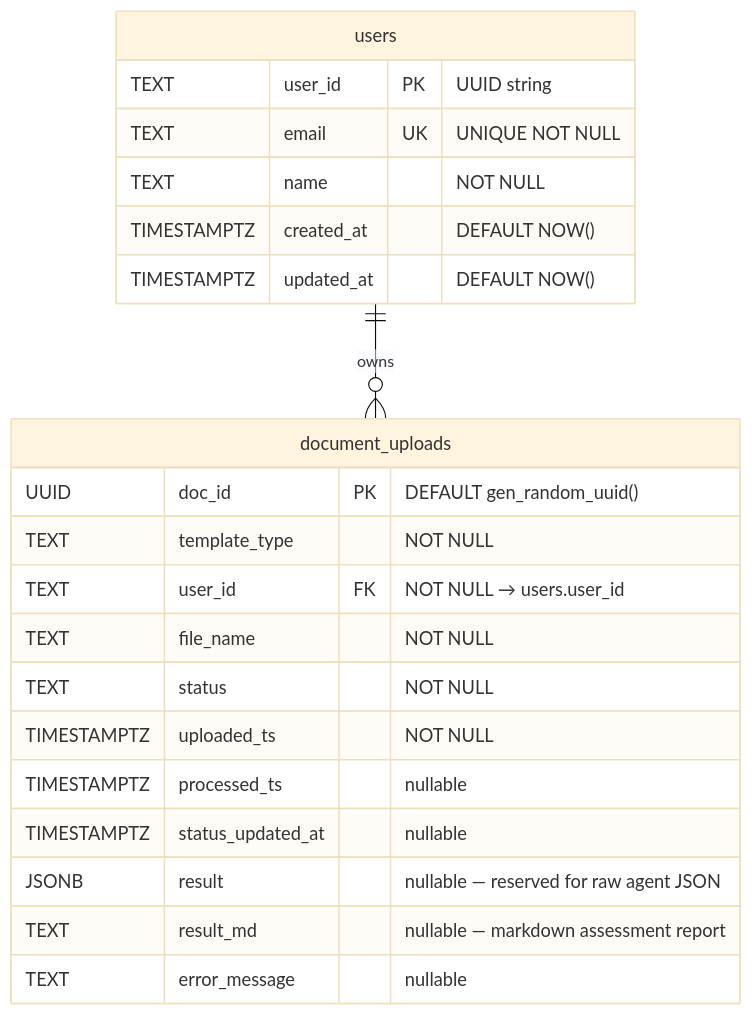
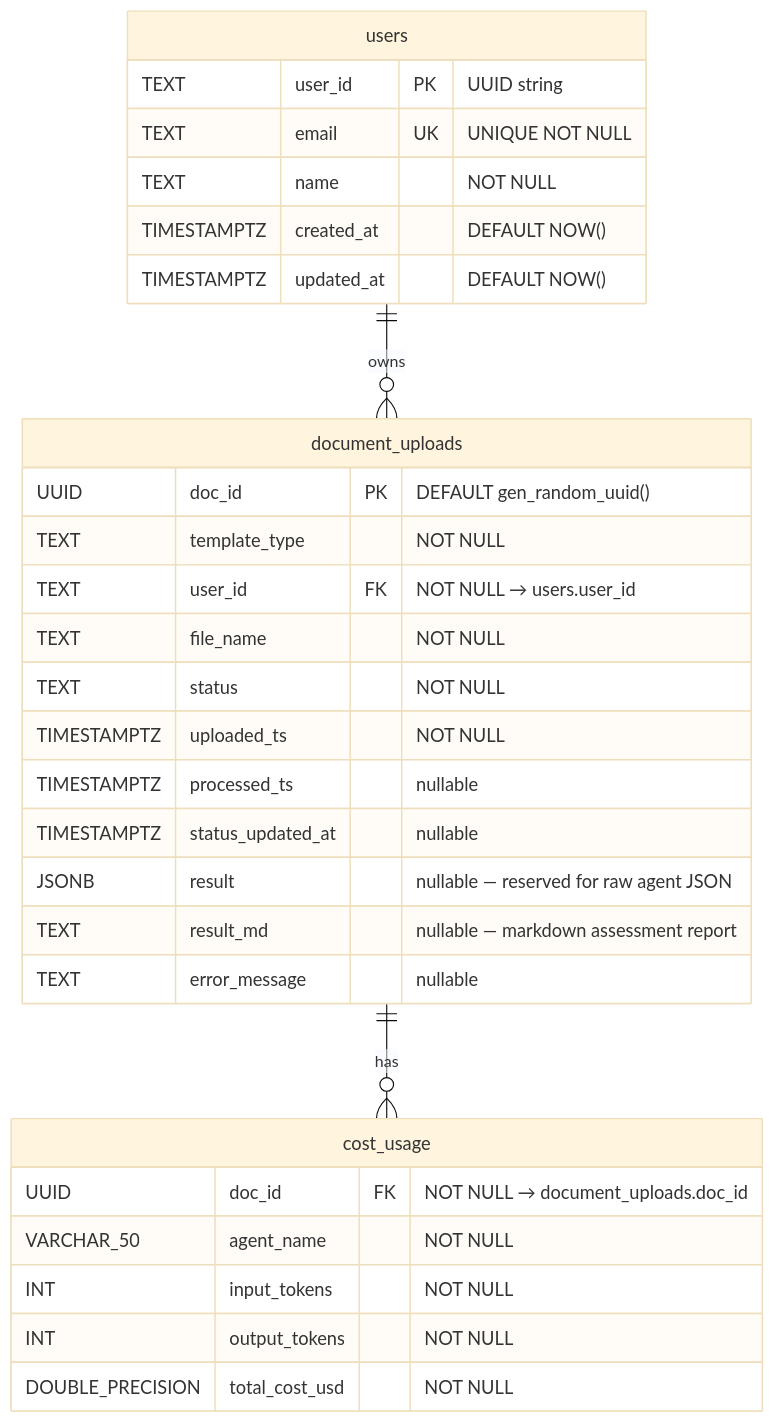
Before and after one commit to DEFRA/aia-python-backend: the diagram in docs/db-schema.md, drawn with Mermaid (base theme). The commit also changed other lines of this file and 25 other files, not shown here.

First line of the commit message:
feat: implement token cost tracking and model-aware pricing for agent assessments (#34)

````diff
--- a/docs/db-schema.md
+++ b/docs/db-schema.md
@@ -25,26 +38,35 @@
 ```mermaid
 erDiagram
     users {
         TEXT user_id PK "UUID string"
         TEXT email UK "UNIQUE NOT NULL"
         TEXT name "NOT NULL"
         TIMESTAMPTZ created_at "DEFAULT NOW()"
         TIMESTAMPTZ updated_at "DEFAULT NOW()"
     }
 
     document_uploads {
         UUID doc_id PK "DEFAULT gen_random_uuid()"
         TEXT template_type "NOT NULL"
         TEXT user_id FK "NOT NULL → users.user_id"
         TEXT file_name "NOT NULL"
         TEXT status "NOT NULL"
         TIMESTAMPTZ uploaded_ts "NOT NULL"
         TIMESTAMPTZ processed_ts "nullable"
         TIMESTAMPTZ status_updated_at "nullable"
         JSONB result "nullable — reserved for raw agent JSON"
         TEXT result_md "nullable — markdown assessment report"
         TEXT error_message "nullable"
     }
 
+    cost_usage {
+        UUID doc_id FK "NOT NULL → document_uploads.doc_id"
+        VARCHAR_50 agent_name "NOT NULL"
+        INT input_tokens "NOT NULL"
+        INT output_tokens "NOT NULL"
+        DOUBLE_PRECISION total_cost_usd "NOT NULL"
+    }
+
     users ||--o{ document_uploads : "owns"
+    document_uploads ||--o{ cost_usage : "has"
 ```
````
